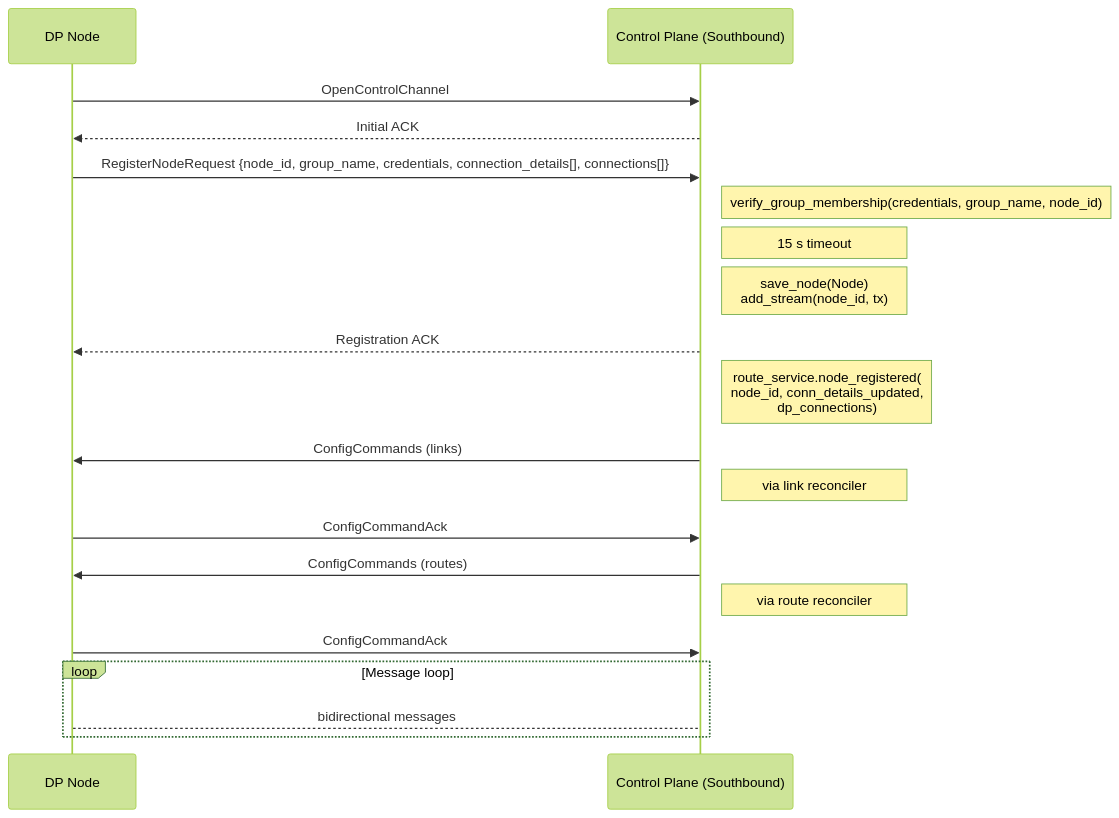
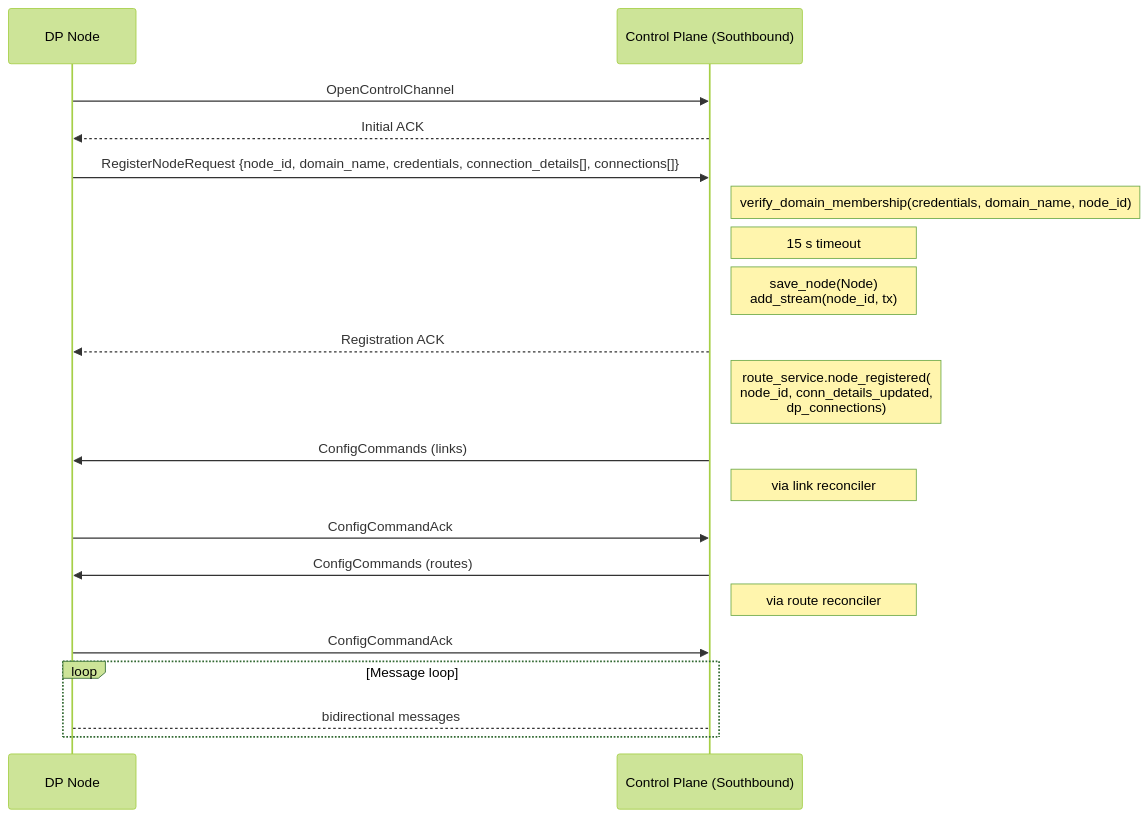
Before and after one commit to agntcy/slim: the second of 4 diagrams in crates/control-plane/README.md, drawn with Mermaid (forest theme). The commit also changed other lines of this file and 53 other files, not shown here.

Commit message:
refactor: rename group into domain

````diff
--- a/crates/control-plane/README.md
+++ b/crates/control-plane/README.md
@@ -242,27 +242,27 @@
 ```mermaid
 sequenceDiagram
     participant DP as DP Node
     participant CP as Control Plane (Southbound)
 
     DP->>CP: OpenControlChannel
     CP-->>DP: Initial ACK
 
-    DP->>CP: RegisterNodeRequest {node_id, group_name, credentials, connection_details[], connections[]}
-    Note right of CP: verify_group_membership(credentials, group_name, node_id)
+    DP->>CP: RegisterNodeRequest {node_id, domain_name, credentials, connection_details[], connections[]}
+    Note right of CP: verify_domain_membership(credentials, domain_name, node_id)
     Note right of CP: 15 s timeout
     Note right of CP: save_node(Node)<br/>add_stream(node_id, tx)
     CP-->>DP: Registration ACK
     Note right of CP: route_service.node_registered(<br/>node_id, conn_details_updated,<br/>dp_connections)
 
     CP->>DP: ConfigCommands (links)
     Note right of CP: via link reconciler
     DP->>CP: ConfigCommandAck
 
     CP->>DP: ConfigCommands (routes)
     Note right of CP: via route reconciler
     DP->>CP: ConfigCommandAck
 
     loop Message loop
         DP-->CP: bidirectional messages
     end
 ```
````
